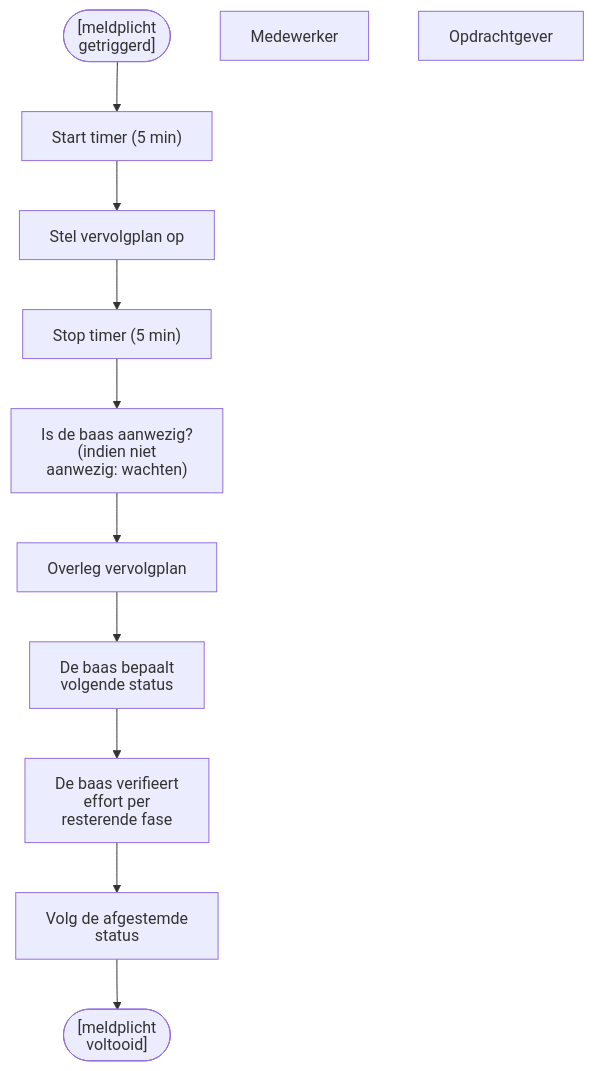
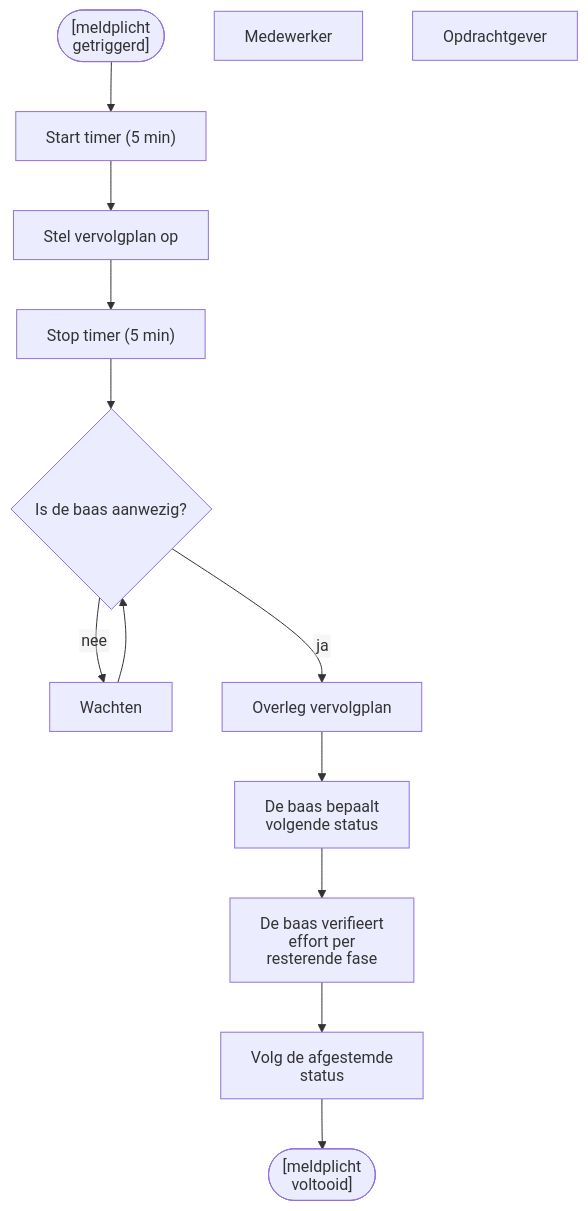
Before and after one commit to Zaibatsu89/IssueTracker: the diagram in 9 Issue Tracker meldplicht.mermaid, drawn with Mermaid.

Commit message:
fix: modeled the unavailable-boss wait path

```diff
--- a/9 Issue Tracker meldplicht.mermaid
+++ b/9 Issue Tracker meldplicht.mermaid
@@ -1,23 +1,26 @@
 %%{init: {"htmlLabels": false, "theme": "default", "themeVariables": {"fontFamily": "sans-serif"}, "flowchart": {"htmlLabels": false}}}%%
 flowchart TD
     bpmn_start_event(["[meldplicht\ngetriggerd]"])
     bpmn_task_start_timer["Start timer (5 min)"]
     bpmn_task_stel_plan_op["Stel vervolgplan op"]
     bpmn_task_stop_timer["Stop timer (5 min)"]
-    bpmn_task_baas_aanwezig["Is de baas aanwezig?\n(indien niet\naanwezig: wachten)"]
+    bpmn_gateway_baas_aanwezig{"Is de baas aanwezig?"}
+    bpmn_task_wachten["Wachten"]
     bpmn_task_overleg["Overleg vervolgplan"]
     bpmn_task_status["De baas bepaalt\nvolgende status"]
     bpmn_task_effort["De baas verifieert\neffort per\nresterende fase"]
     bpmn_task_volg_status["Volg de afgestemde\nstatus"]
     bpmn_end_event(["[meldplicht\nvoltooid]"])
     mIc6XLMKuAxiAPNymMe0-20["Medewerker"]
     mIc6XLMKuAxiAPNymMe0-21["Opdrachtgever"]
     bpmn_start_event --> bpmn_task_start_timer
     bpmn_task_start_timer --> bpmn_task_stel_plan_op
     bpmn_task_stel_plan_op --> bpmn_task_stop_timer
-    bpmn_task_stop_timer --> bpmn_task_baas_aanwezig
-    bpmn_task_baas_aanwezig --> bpmn_task_overleg
+    bpmn_task_stop_timer --> bpmn_gateway_baas_aanwezig
+    bpmn_gateway_baas_aanwezig -->|ja| bpmn_task_overleg
+    bpmn_gateway_baas_aanwezig -->|nee| bpmn_task_wachten
+    bpmn_task_wachten --> bpmn_gateway_baas_aanwezig
     bpmn_task_overleg --> bpmn_task_status
     bpmn_task_status --> bpmn_task_effort
     bpmn_task_effort --> bpmn_task_volg_status
     bpmn_task_volg_status --> bpmn_end_event
```
